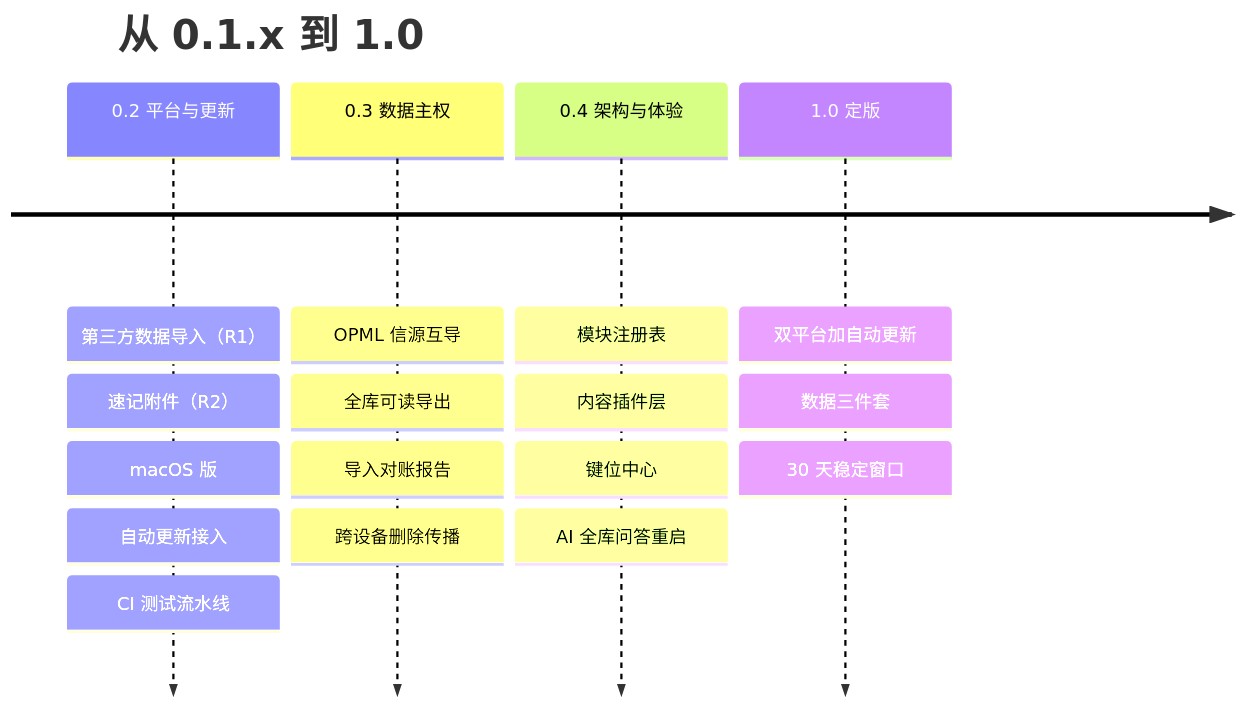
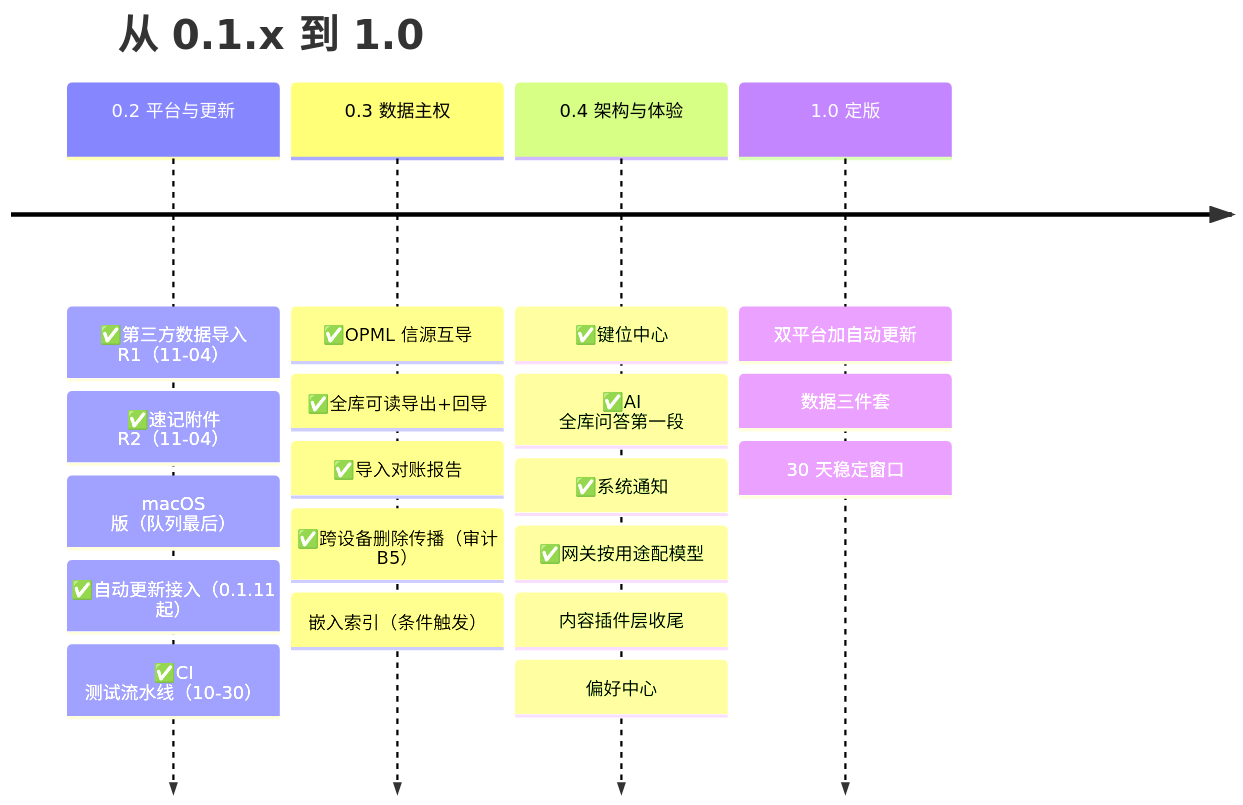
Before and after one commit to LoganLink0/pwork: the diagram in docs/design/05-路线图.md, drawn with Mermaid. The commit also changed other lines of this file and 6 other files, not shown here.

````diff
--- a/docs/design/05-路线图.md
+++ b/docs/design/05-路线图.md
@@ -19,8 +19,8 @@
 ```mermaid
 timeline
     title 从 0.1.x 到 1.0
-    0.2 平台与更新 : 第三方数据导入（R1） : 速记附件（R2） : macOS 版 : 自动更新接入 : CI 测试流水线
-    0.3 数据主权 : OPML 信源互导 : 全库可读导出 : 导入对账报告 : 跨设备删除传播
-    0.4 架构与体验 : 模块注册表 : 内容插件层 : 键位中心 : AI 全库问答重启
+    0.2 平台与更新 : ✅第三方数据导入 R1（11-04） : ✅速记附件 R2（11-04） : macOS 版（队列最后） : ✅自动更新接入（0.1.11 起） : ✅CI 测试流水线（10-30）
+    0.3 数据主权 : ✅OPML 信源互导 : ✅全库可读导出+回导 : ✅导入对账报告 : ✅跨设备删除传播（审计 B5） : 嵌入索引（条件触发）
+    0.4 架构与体验 : ✅键位中心 : ✅AI 全库问答第一段 : ✅系统通知 : ✅网关按用途配模型 : 内容插件层收尾 : 偏好中心
     1.0 定版 : 双平台加自动更新 : 数据三件套 : 30 天稳定窗口
 ```
````
